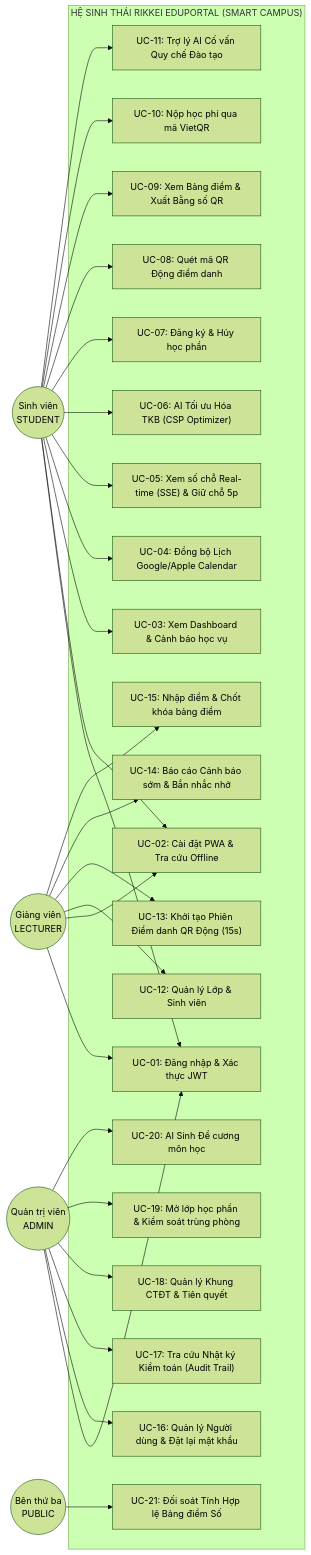
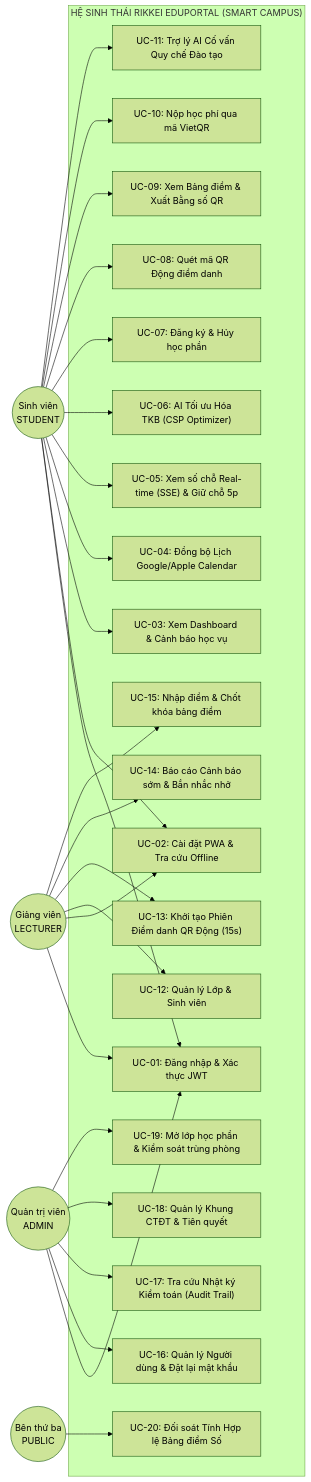
One commit to minh2307/Student-Information-System changed the second of 7 diagrams in SRS.md. Above: the diagram before and after it, drawn with Mermaid (forest theme). The commit also changed other lines of this file and 18 other files, not shown here.

````diff
--- a/SRS.md
+++ b/SRS.md
@@ -146,69 +146,67 @@
 ```mermaid
 graph LR
     actor_stu((Sinh viên\nSTUDENT))
     actor_lec((Giảng viên\nLECTURER))
     actor_adm((Quản trị viên\nADMIN))
     actor_pub((Bên thứ ba\nPUBLIC))
 
     subgraph SystemBoundary ["HỆ SINH THÁI RIKKEI EDUPORTAL (SMART CAMPUS)"]
         %% Common
         UC_LOGIN["UC-01: Đăng nhập & Xác thực JWT"]
         UC_PWA["UC-02: Cài đặt PWA & Tra cứu Offline"]
         
         %% Student Use Cases
         UC_DASHBOARD["UC-03: Xem Dashboard & Cảnh báo học vụ"]
         UC_CAL_SYNC["UC-04: Đồng bộ Lịch Google/Apple Calendar"]
         UC_LIVE_SEAT["UC-05: Xem số chỗ Real-time (SSE) & Giữ chỗ 5p"]
         UC_AI_SCHED["UC-06: AI Tối ưu Hóa TKB (CSP Optimizer)"]
         UC_ENROLL["UC-07: Đăng ký & Hủy học phần"]
         UC_QR_ATTEND["UC-08: Quét mã QR Động điểm danh"]
         UC_DIGITAL_TRANSCRIPT["UC-09: Xem Bảng điểm & Xuất Bằng số QR"]
         UC_TUITION["UC-10: Nộp học phí qua mã VietQR"]
         UC_AI_CHAT["UC-11: Trợ lý AI Cố vấn Quy chế Đào tạo"]
 
         %% Lecturer Use Cases
         UC_LEC_CLASSES["UC-12: Quản lý Lớp & Sinh viên"]
         UC_ROTATING_QR["UC-13: Khởi tạo Phiên Điểm danh QR Động (15s)"]
         UC_EARLY_WARNING["UC-14: Báo cáo Cảnh báo sớm & Bắn nhắc nhở"]
         UC_INPUT_GRADE["UC-15: Nhập điểm & Chốt khóa bảng điểm"]
 
         %% Admin Use Cases
         UC_ADMIN_USERS["UC-16: Quản lý Người dùng & Đặt lại mật khẩu"]
         UC_AUDIT_LOGS["UC-17: Tra cứu Nhật ký Kiểm toán (Audit Trail)"]
         UC_ADMIN_COURSES["UC-18: Quản lý Khung CTĐT & Tiên quyết"]
         UC_ADMIN_SECTIONS["UC-19: Mở lớp học phần & Kiểm soát trùng phòng"]
-        UC_GEN_SYLLABUS["UC-20: AI Sinh Đề cương môn học"]
 
         %% Public Use Case
-        UC_VERIFY_CREDENTIAL["UC-21: Đối soát Tính Hợp lệ Bảng điểm Số"]
+        UC_VERIFY_CREDENTIAL["UC-20: Đối soát Tính Hợp lệ Bảng điểm Số"]
     end
 
     %% Connections
     actor_stu --> UC_LOGIN
     actor_stu --> UC_PWA
     actor_stu --> UC_DASHBOARD
     actor_stu --> UC_CAL_SYNC
     actor_stu --> UC_LIVE_SEAT
     actor_stu --> UC_AI_SCHED
     actor_stu --> UC_ENROLL
     actor_stu --> UC_QR_ATTEND
     actor_stu --> UC_DIGITAL_TRANSCRIPT
     actor_stu --> UC_TUITION
     actor_stu --> UC_AI_CHAT
 
     actor_lec --> UC_LOGIN
     actor_lec --> UC_PWA
     actor_lec --> UC_LEC_CLASSES
     actor_lec --> UC_ROTATING_QR
     actor_lec --> UC_EARLY_WARNING
     actor_lec --> UC_INPUT_GRADE
 
     actor_adm --> UC_LOGIN
     actor_adm --> UC_ADMIN_USERS
     actor_adm --> UC_AUDIT_LOGS
     actor_adm --> UC_ADMIN_COURSES
     actor_adm --> UC_ADMIN_SECTIONS
-    actor_adm --> UC_GEN_SYLLABUS
 
     actor_pub --> UC_VERIFY_CREDENTIAL
 ```
````
